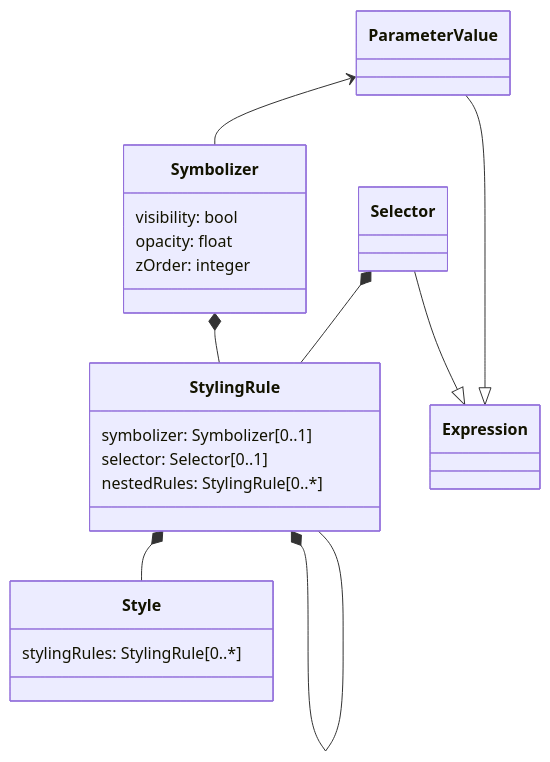
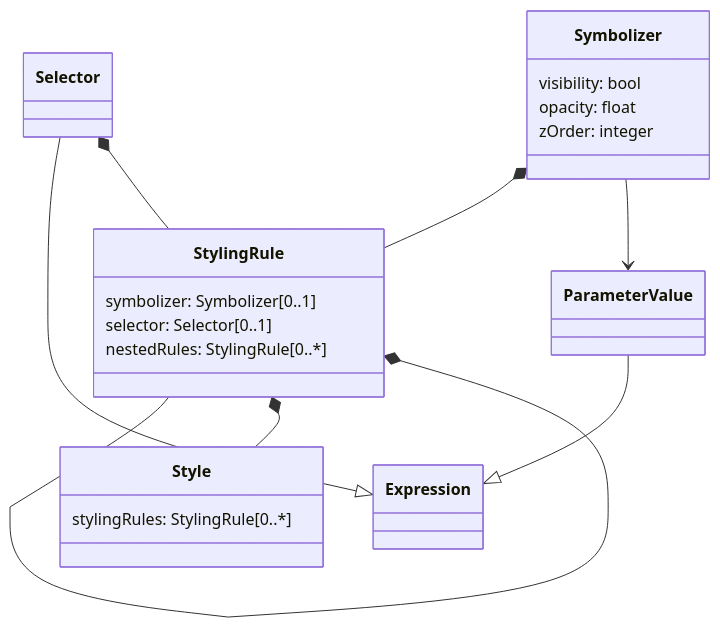
The diagram in core/UML/mermaid/core.md (opengeospatial/styles-and-symbology), drawn with Mermaid before and after one commit. The commit also changed 2 other files, not shown here.

Commit message:
UML: Added initial CoverageSymbolizer

````diff
--- a/core/UML/mermaid/core.md
+++ b/core/UML/mermaid/core.md
@@ -3,36 +3,36 @@
 ```mermaid
 classDiagram
 
 %% Class definitions
 class Style {
    stylingRules: StylingRule[0..*]
 }
 
 class StylingRule {
    symbolizer: Symbolizer[0..1]
    selector: Selector[0..1]
    nestedRules: StylingRule[0..*]
 }
 StylingRule --* StylingRule
 
 class Selector
 
 %% Note: zOrder needs discussion on whether it should be relative or float
 %%       and how to relate to encodings where the visual priority order
 %%       comes from the order of the rules.
 class Symbolizer {
    visibility: bool
    opacity: float
    zOrder: integer
 }
 class Expression
 class ParameterValue
 
 %% Relations
 ParameterValue --|> Expression
 Selector --|> Expression
 StylingRule *-- Style
 Selector *-- StylingRule
 Symbolizer *-- StylingRule
-ParameterValue <-- Symbolizer
+Symbolizer --> ParameterValue
 ```
````
